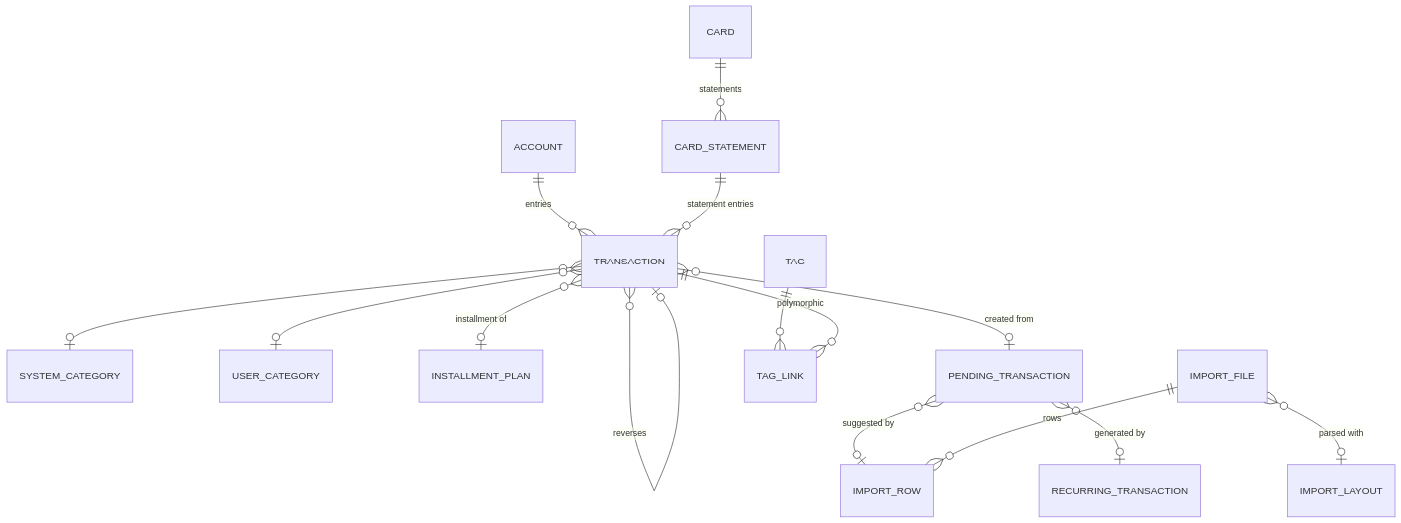
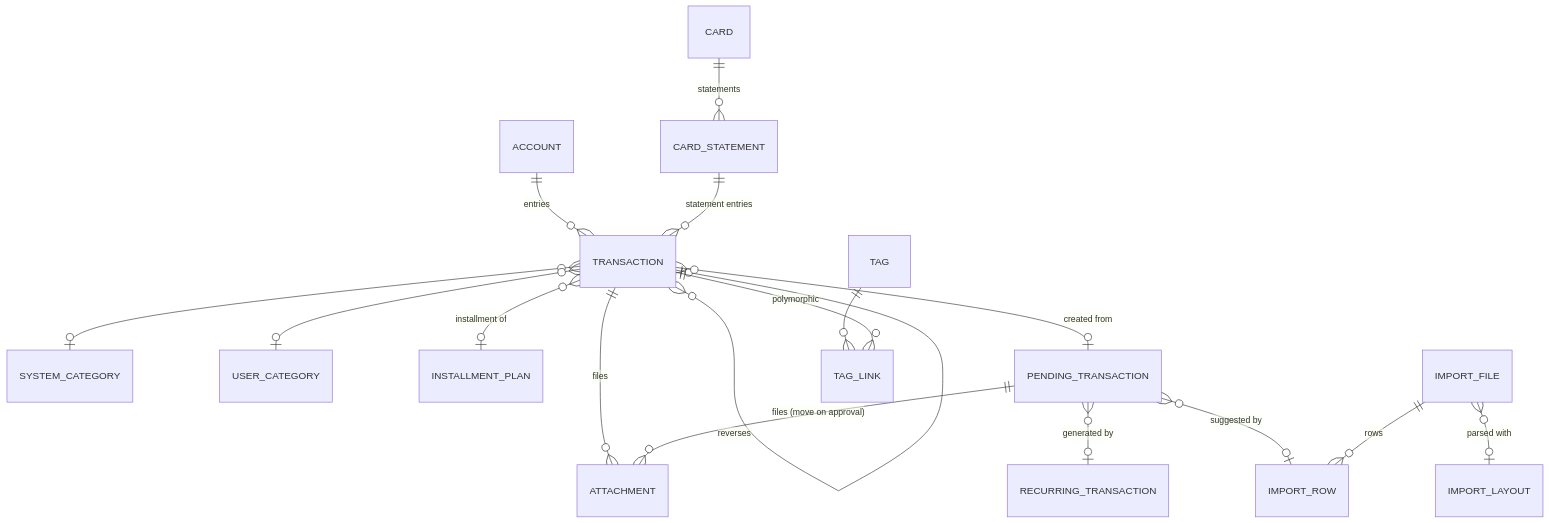
Before and after one commit to leonardopottmayer/pandora: the diagram in docs/modules/finances/en/data-model.md, drawn with Mermaid. The commit also changed other lines of this file and 89 other files, not shown here.

````diff
--- a/docs/modules/finances/en/data-model.md
+++ b/docs/modules/finances/en/data-model.md
@@ -294,17 +309,19 @@
 ```mermaid
 erDiagram
     ACCOUNT ||--o{ TRANSACTION : "entries"
     CARD ||--o{ CARD_STATEMENT : "statements"
     CARD_STATEMENT ||--o{ TRANSACTION : "statement entries"
     TRANSACTION }o--o| SYSTEM_CATEGORY : ""
     TRANSACTION }o--o| USER_CATEGORY : ""
     TRANSACTION }o--o| INSTALLMENT_PLAN : "installment of"
     TRANSACTION }o--o| TRANSACTION : "reverses"
     TRANSACTION }o--o| PENDING_TRANSACTION : "created from"
     PENDING_TRANSACTION }o--o| IMPORT_ROW : "suggested by"
     PENDING_TRANSACTION }o--o| RECURRING_TRANSACTION : "generated by"
     IMPORT_FILE ||--o{ IMPORT_ROW : "rows"
     IMPORT_FILE }o--o| IMPORT_LAYOUT : "parsed with"
     TAG ||--o{ TAG_LINK : ""
     TRANSACTION ||--o{ TAG_LINK : "polymorphic"
+    TRANSACTION ||--o{ ATTACHMENT : "files"
+    PENDING_TRANSACTION ||--o{ ATTACHMENT : "files (move on approval)"
 ```
````
